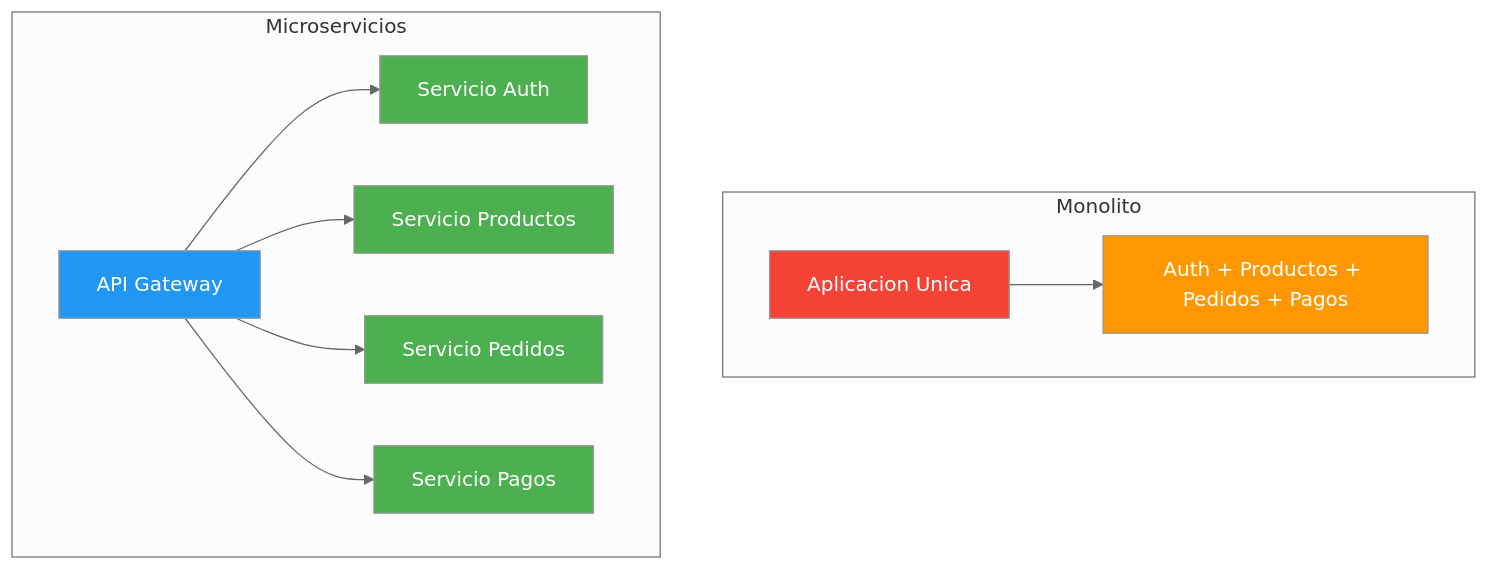
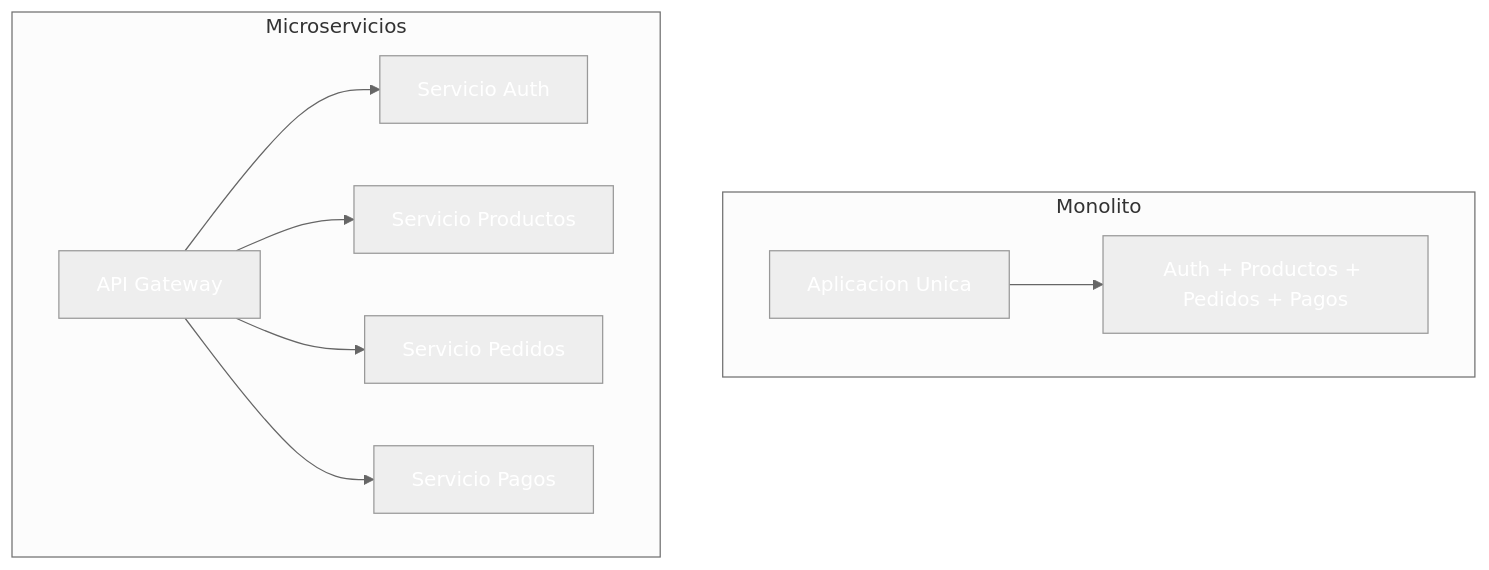
Before and after one commit to joseluisgs/DesarrolloWebEntornosServidor-02-2026-2027: the first of 10 diagrams in 31-api-gateway.md, drawn with Mermaid (neutral theme). The commit also changed other lines of this file and 41 other files, not shown here.

````diff
--- a/31-api-gateway.md
+++ b/31-api-gateway.md
@@ -64,21 +64,21 @@
 ```mermaid
 graph TD
     subgraph Monolito
         M["Aplicacion Unica"]
         M --> MA["Auth + Productos + Pedidos + Pagos"]
     end
     subgraph Microservicios
         GW["API Gateway"]
         GW --> MS1["Servicio Auth"]
         GW --> MS2["Servicio Productos"]
         GW --> MS3["Servicio Pedidos"]
         GW --> MS4["Servicio Pagos"]
     end
-    style M fill:#f44336,color:#fff
-    style MA fill:#FF9800,color:#fff
-    style GW fill:#2196F3,color:#fff
-    style MS1 fill:#4CAF50,color:#fff
-    style MS2 fill:#4CAF50,color:#fff
-    style MS3 fill:#4CAF50,color:#fff
-    style MS4 fill:#4CAF50,color:#fff
+    style M fill:#f4433,color:#fff6,color:#fff
+    style MA fill:#FF980,color:#fff0,color:#fff
+    style GW fill:#2196F,color:#fff3,color:#fff
+    style MS1 fill:#4CAF5,color:#fff0,color:#fff
+    style MS2 fill:#4CAF5,color:#fff0,color:#fff
+    style MS3 fill:#4CAF5,color:#fff0,color:#fff
+    style MS4 fill:#4CAF5,color:#fff0,color:#fff
 ```
````
